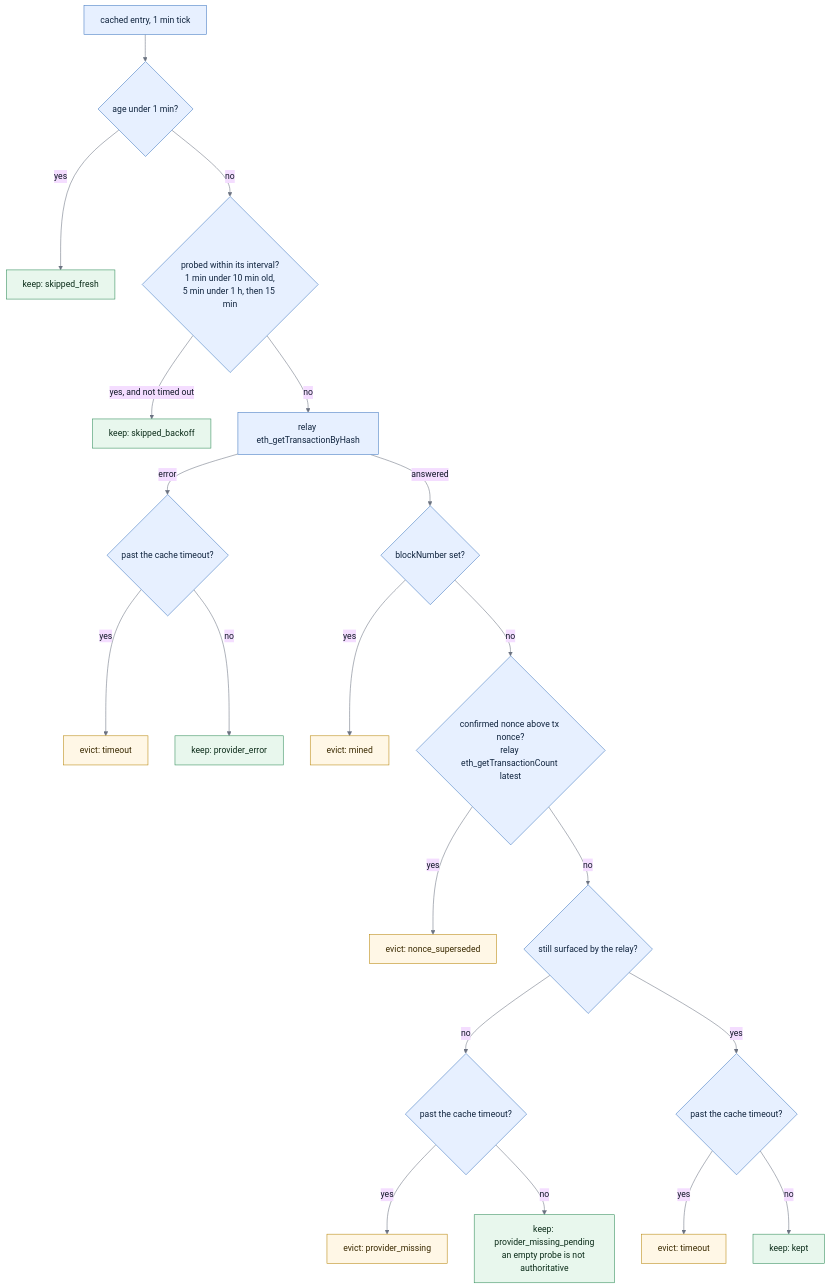
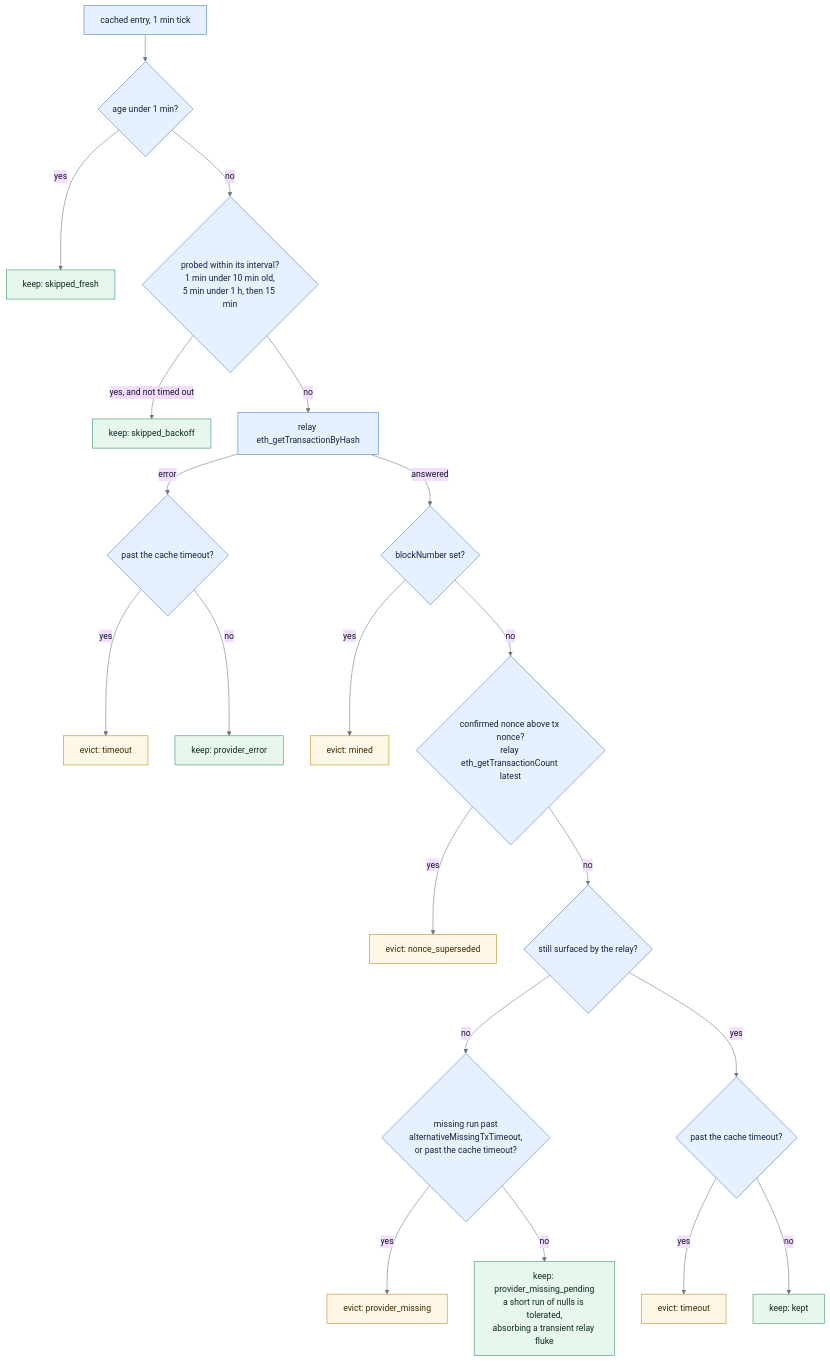
One commit to trezor/blockbook changed the second of 3 diagrams in docs/evm-send-mempools.md. Above: the diagram before and after it, drawn with Mermaid. The commit also changed other lines of this file and 9 other files, not shown here.

````diff
--- a/docs/evm-send-mempools.md
+++ b/docs/evm-send-mempools.md
@@ -109,51 +109,51 @@
 ```mermaid
 %%{init: {"theme": "base", "themeVariables": {"lineColor": "#6b7280", "primaryTextColor": "#111827"}}}%%
 flowchart TD
     e["cached entry, 1 min tick"]
     f{"age under 1 min?"}
     keepFresh["keep: skipped_fresh"]
     b{"probed within its interval?<br/>1 min under 10 min old,<br/>5 min under 1 h, then 15 min"}
     keepBackoff["keep: skipped_backoff"]
     q["relay eth_getTransactionByHash"]
     qerr{"past the cache timeout?"}
     evTo["evict: timeout"]
     keepErr["keep: provider_error"]
     m{"blockNumber set?"}
     evMined["evict: mined"]
     s{"confirmed nonce above tx nonce?<br/>relay eth_getTransactionCount latest"}
     evSup["evict: nonce_superseded"]
     k{"still surfaced by the relay?"}
-    kto{"past the cache timeout?"}
+    kto{"missing run past<br/>alternativeMissingTxTimeout,<br/>or past the cache timeout?"}
     evMiss["evict: provider_missing"]
-    keepMiss["keep: provider_missing_pending<br/>an empty probe is not authoritative"]
+    keepMiss["keep: provider_missing_pending<br/>a short run of nulls is tolerated,<br/>absorbing a transient relay fluke"]
     yto{"past the cache timeout?"}
     evTo2["evict: timeout"]
     keepK["keep: kept"]
 
     e --> f
     f -- "yes" --> keepFresh
     f -- "no" --> b
     b -- "yes, and not timed out" --> keepBackoff
     b -- "no" --> q
     q -- "error" --> qerr
     qerr -- "yes" --> evTo
     qerr -- "no" --> keepErr
     q -- "answered" --> m
     m -- "yes" --> evMined
     m -- "no" --> s
     s -- "yes" --> evSup
     s -- "no" --> k
     k -- "no" --> kto
     kto -- "yes" --> evMiss
     kto -- "no" --> keepMiss
     k -- "yes" --> yto
     yto -- "yes" --> evTo2
     yto -- "no" --> keepK
 
     classDef step fill:#e7f0ff,stroke:#4078c0,color:#10243e;
     classDef keep fill:#e8f7ed,stroke:#2e8b57,color:#0b2c19;
     classDef evict fill:#fff7e6,stroke:#b8860b,color:#3a2a00;
     class e,f,b,q,qerr,m,s,k,kto,yto step;
     class keepFresh,keepBackoff,keepErr,keepMiss,keepK keep;
     class evTo,evTo2,evMined,evSup,evMiss evict;
 ```
````
